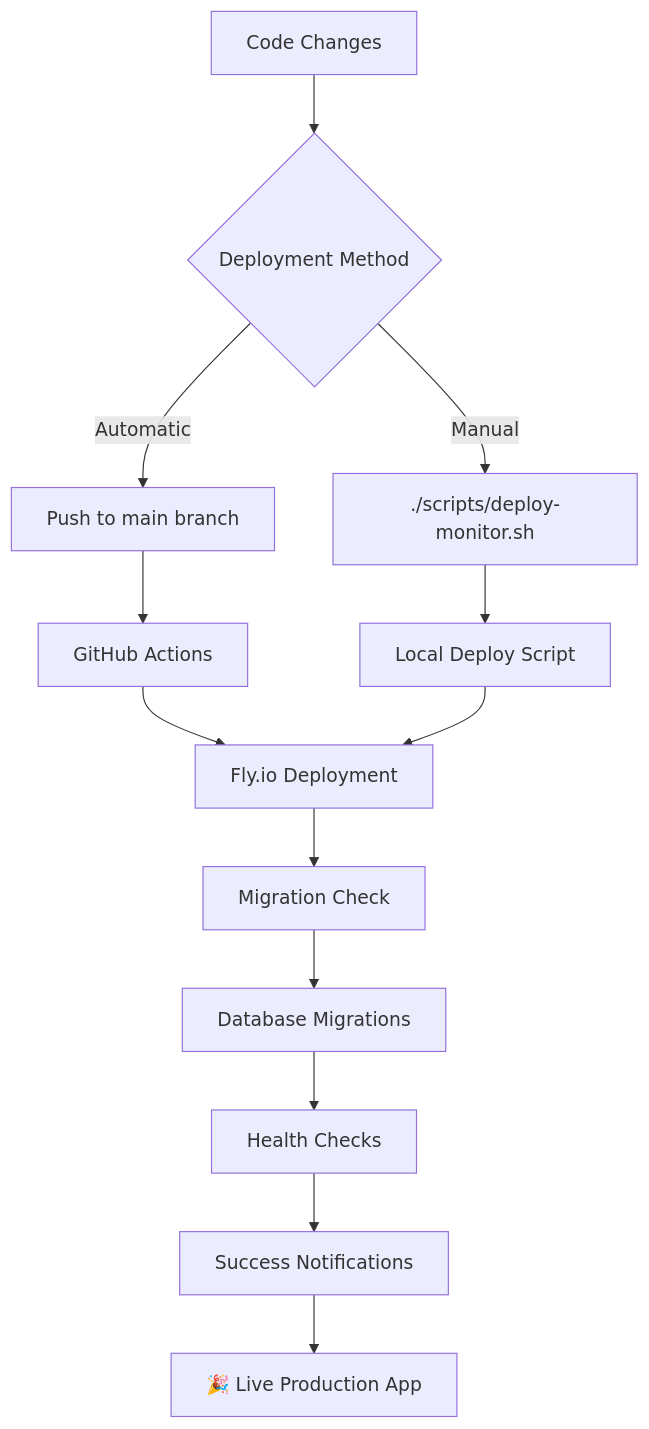
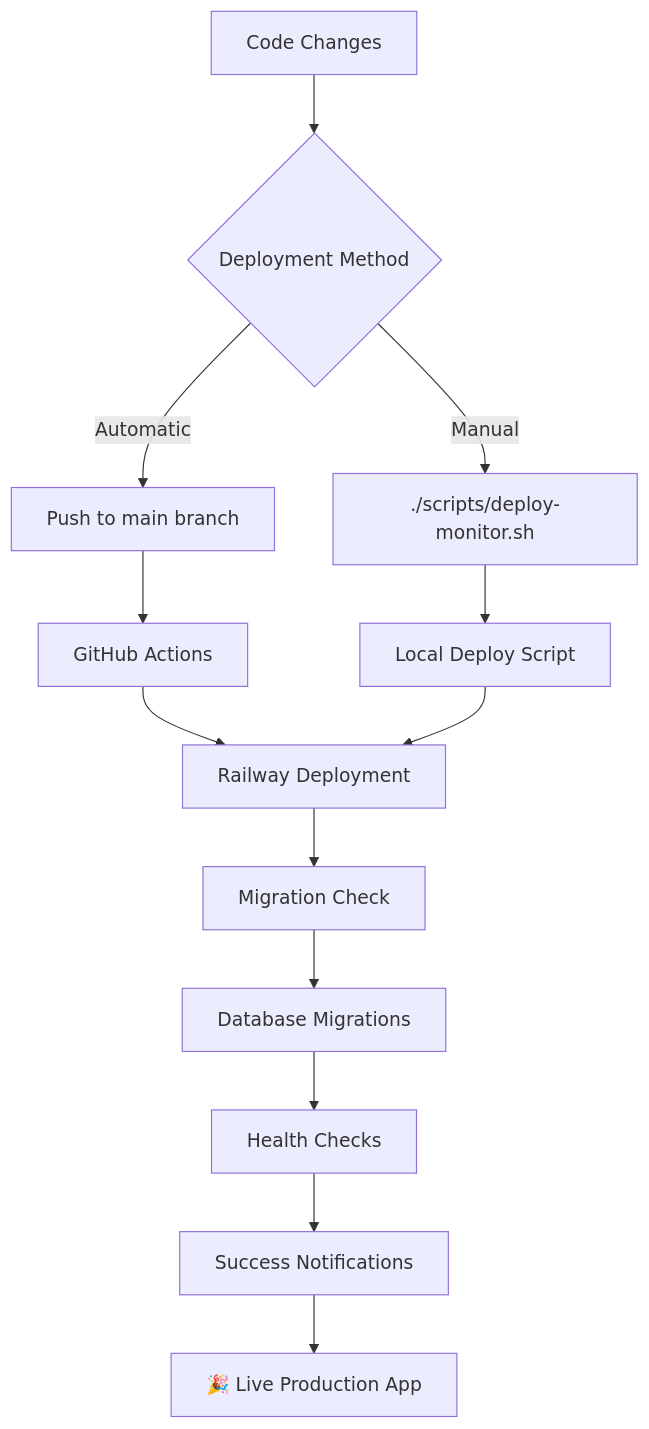
One commit to mariobrusarosco/better-call-buffet changed the fourth of 7 diagrams in README.md. Above: the diagram before and after it, drawn with Mermaid. The commit also changed other lines of this file and 14 other files, not shown here.

````diff
--- a/README.md
+++ b/README.md
@@ -160,19 +159,19 @@
 ```mermaid
 graph TD
     A[Code Changes] --> B{Deployment Method}
     B -->|Automatic| C[Push to main branch]
     B -->|Manual| D[./scripts/deploy-monitor.sh]
     
     C --> E[GitHub Actions]
     D --> F[Local Deploy Script]
     
-    E --> G[Fly.io Deployment]
+    E --> G[Railway Deployment]
     F --> G
     
     G --> H[Migration Check]
     H --> I[Database Migrations]
     I --> J[Health Checks]
     J --> K[Success Notifications]
     
     K --> L[🎉 Live Production App]
 ```
````
